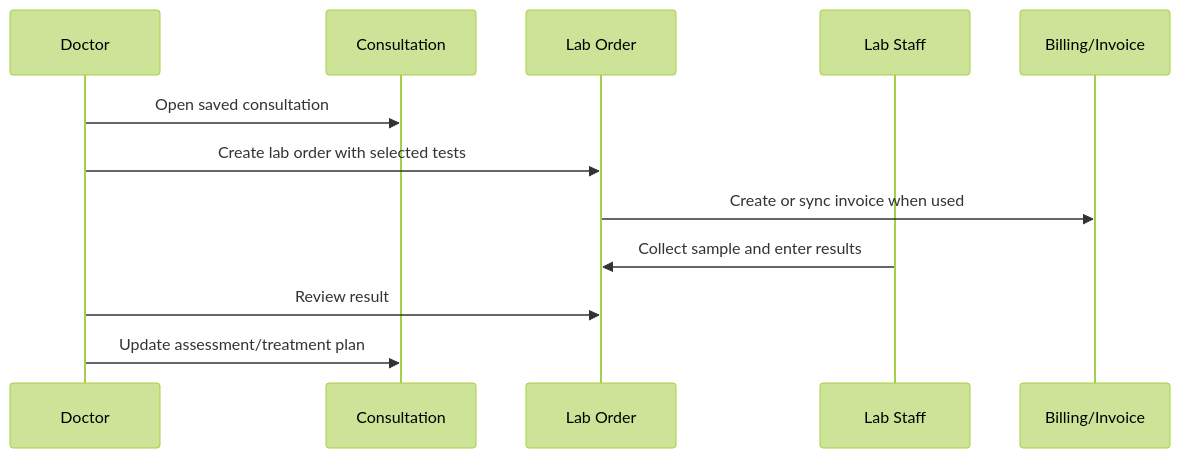
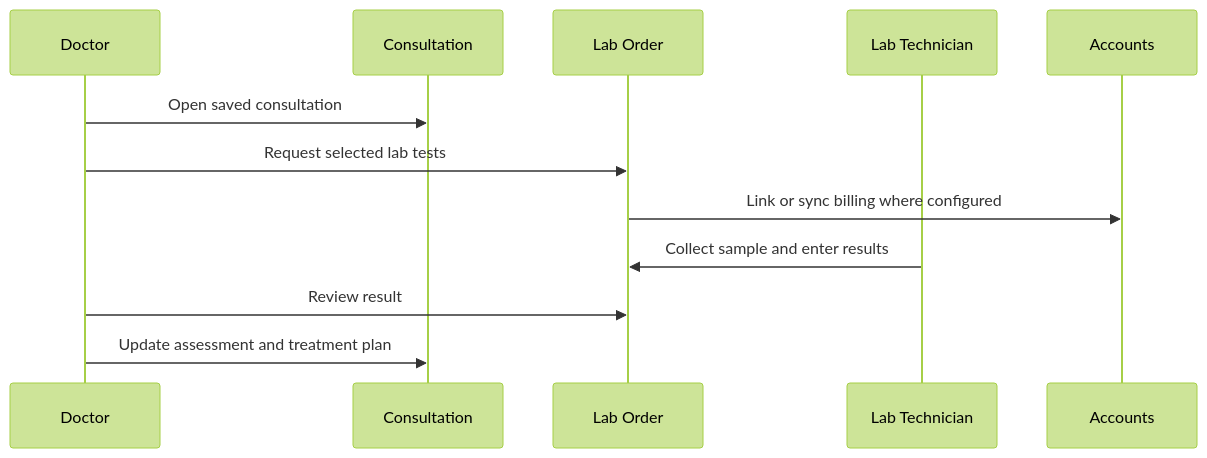
One commit to olayemigod/VetEdge changed the diagram in docs/training/veterinary_doctor_operations/lab_order_workflow.md. Above: the diagram before and after it, drawn with Mermaid (forest theme). The commit also changed other lines of this file and 24 other files, not shown here.

````diff
--- a/docs/training/veterinary_doctor_operations/lab_order_workflow.md
+++ b/docs/training/veterinary_doctor_operations/lab_order_workflow.md
@@ -20,14 +20,14 @@
 ```mermaid
 sequenceDiagram
     participant Doctor
     participant Consultation
     participant LabOrder as Lab Order
-    participant Lab as Lab Staff
-    participant Billing as Billing/Invoice
+    participant Lab as Lab Technician
+    participant Accounts
     Doctor->>Consultation: Open saved consultation
-    Doctor->>LabOrder: Create lab order with selected tests
-    LabOrder->>Billing: Create or sync invoice when used
+    Doctor->>LabOrder: Request selected lab tests
+    LabOrder->>Accounts: Link or sync billing where configured
     Lab->>LabOrder: Collect sample and enter results
     Doctor->>LabOrder: Review result
-    Doctor->>Consultation: Update assessment/treatment plan
+    Doctor->>Consultation: Update assessment and treatment plan
 ```
````
